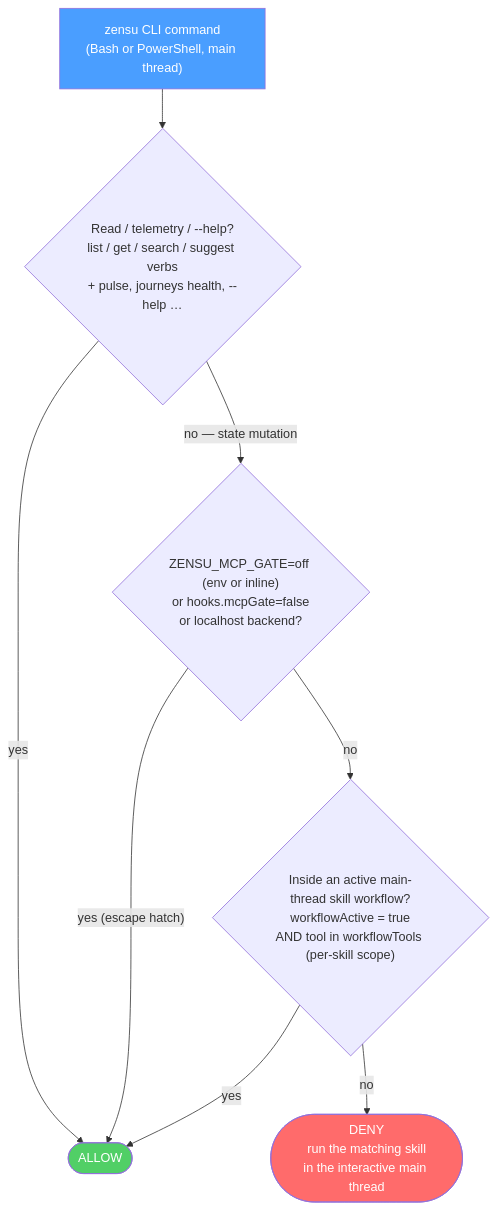
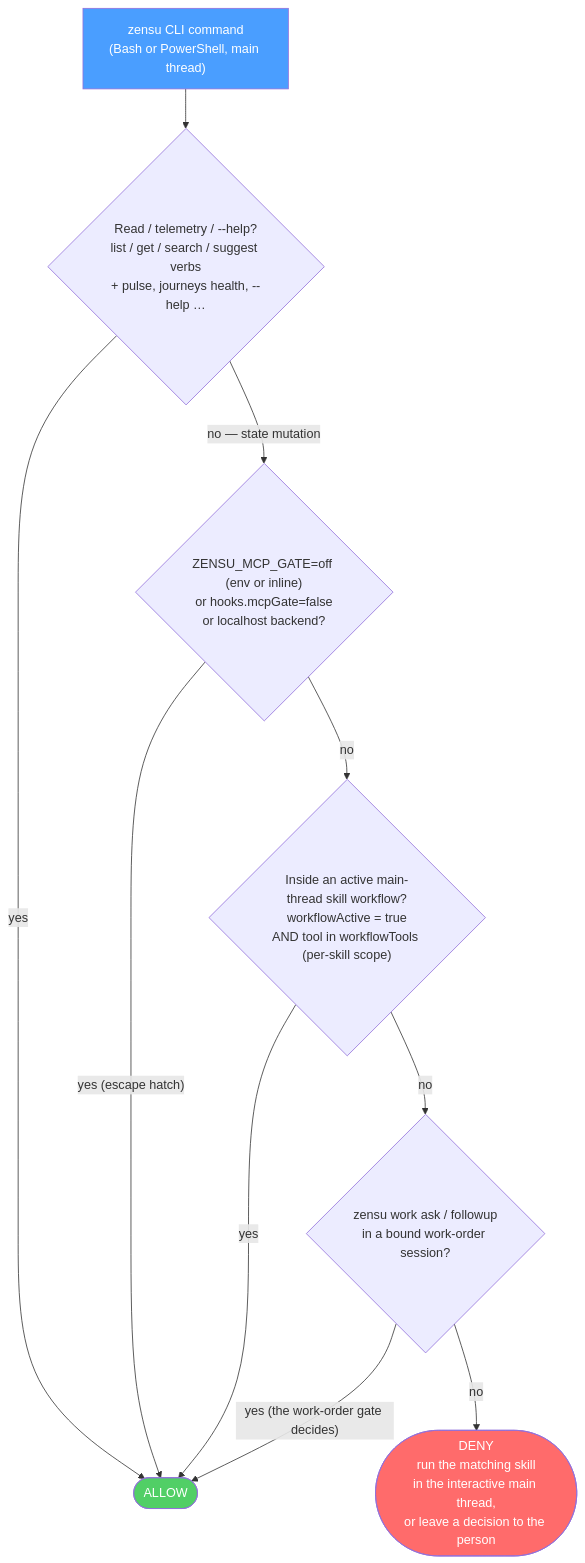
The diagram in docs/gates.md (MKITConsulting/zensu-claude-code), drawn with Mermaid before and after one commit. The commit also changed other lines of this file and 24 other files, not shown here.

First line of the commit message:
feat(hooks): gate the zensu-cli 0.10.0 work, plan, mocks and journey-step mutations (#470)

````diff
--- a/docs/gates.md
+++ b/docs/gates.md
@@ -105,14 +119,16 @@
 ```mermaid
 flowchart TD
     A["zensu CLI command<br/>(Bash or PowerShell, main thread)"] --> B{"Read / telemetry / --help?<br/>list / get / search / suggest verbs<br/>+ pulse, journeys health, --help …"}
     B -->|"yes"| ALLOW(["ALLOW"])
     B -->|"no — state mutation"| C{"ZENSU_MCP_GATE=off (env or inline)<br/>or hooks.mcpGate=false<br/>or localhost backend?"}
     C -->|"yes (escape hatch)"| ALLOW
     C -->|"no"| E{"Inside an active main-thread skill workflow?<br/>workflowActive = true<br/>AND tool in workflowTools (per-skill scope)"}
     E -->|"yes"| ALLOW
-    E -->|"no"| DENY(["DENY<br/>run the matching skill<br/>in the interactive main thread"])
+    E -->|"no"| W{"zensu work ask / followup<br/>in a bound work-order session?"}
+    W -->|"yes (the work-order gate decides)"| ALLOW
+    W -->|"no"| DENY(["DENY<br/>run the matching skill<br/>in the interactive main thread,<br/>or leave a decision to the person"])
 
     style A fill:#4a9eff,color:#fff
     style ALLOW fill:#51cf66,color:#fff
     style DENY fill:#ff6b6b,color:#fff
 ```
````
